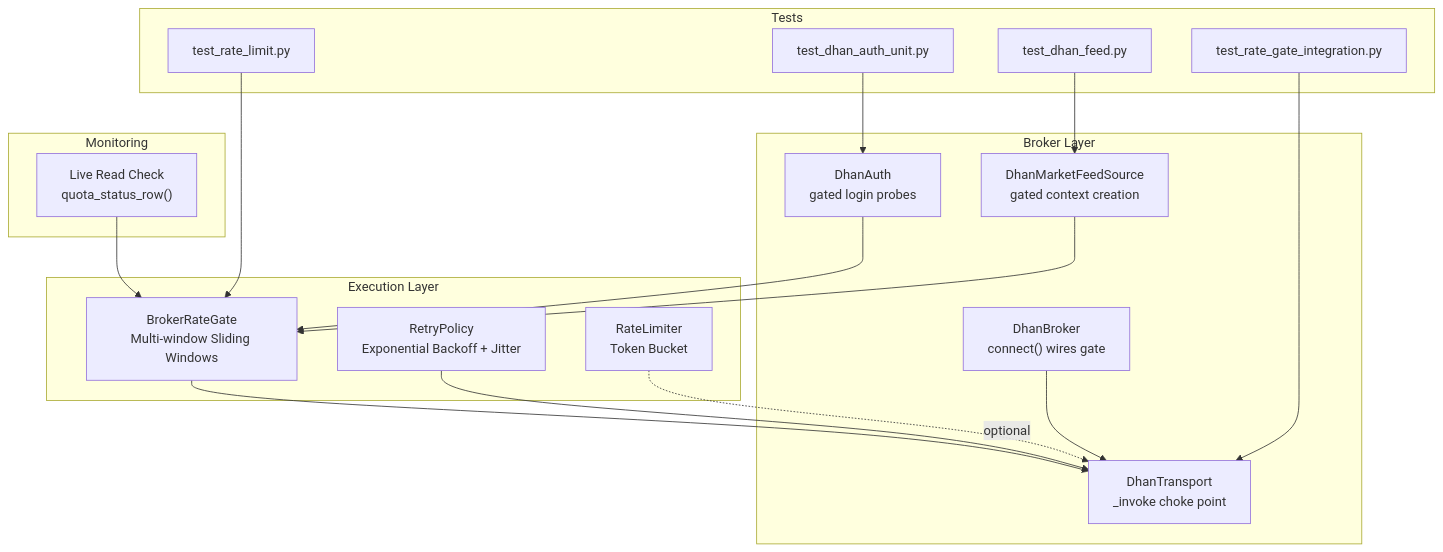
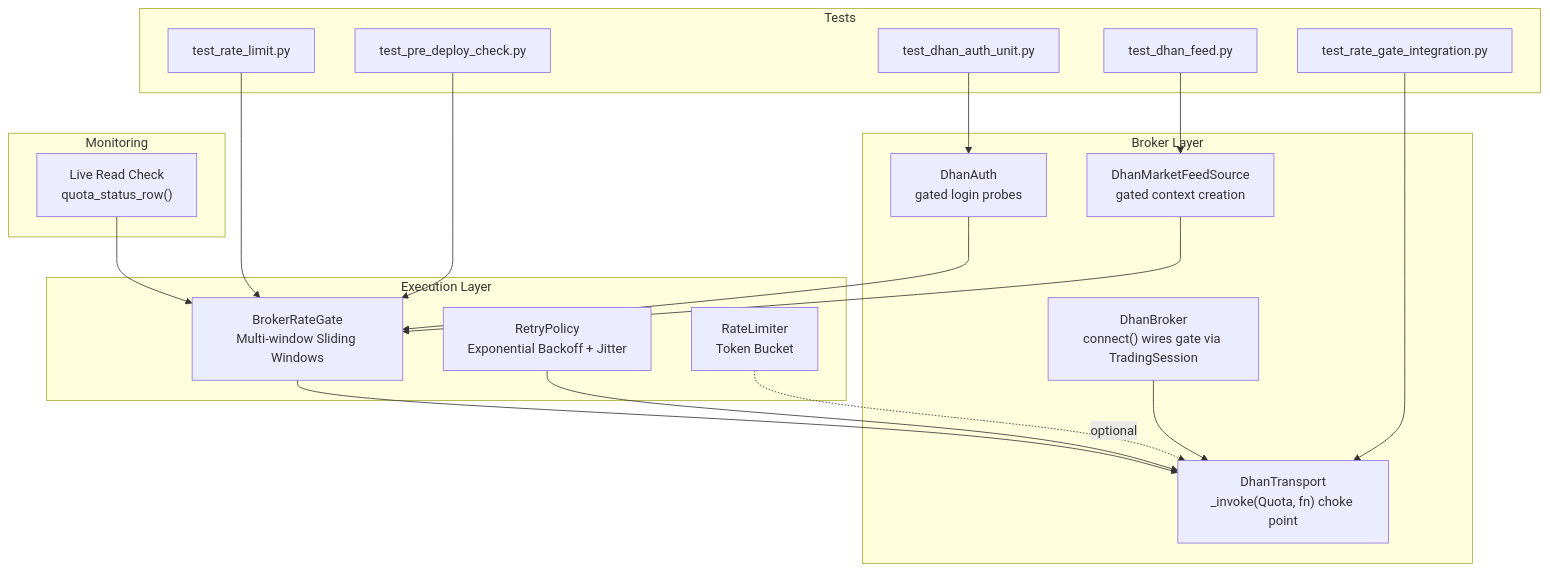
The first of 9 diagrams in .qoder/repowiki/en/content/Broker Integration/Rate Limiting Infrastructure.md (Ganesh-Kusundal/nTrade), drawn with Mermaid before and after one commit. The commit also changed other lines of this file and 2201 other files, not shown here.

Commit message:
Integrate completeness: live runner hardening, broker adapter layers, rate-limiting infrastructure, data pipeline (parquet OHLCV + ingestion scripts), contract testing framework, options analytics, and updated architecture/knowledge docs

````diff
--- a/.qoder/repowiki/en/content/Broker Integration/Rate Limiting Infrastructure.md
+++ b/.qoder/repowiki/en/content/Broker Integration/Rate Limiting Infrastructure.md
@@ -46,34 +46,36 @@
 ```mermaid
 graph TB
 subgraph "Execution Layer"
 RL["BrokerRateGate<br/>Multi-window Sliding Windows"]
 RP["RetryPolicy<br/>Exponential Backoff + Jitter"]
 RLT["RateLimiter<br/>Token Bucket"]
 end
 subgraph "Broker Layer"
-DT["DhanTransport<br/>_invoke choke point"]
-DB["DhanBroker<br/>connect() wires gate"]
+DT["DhanTransport<br/>_invoke(Quota, fn) choke point"]
+DB["DhanBroker<br/>connect() wires gate via TradingSession"]
 DA["DhanAuth<br/>gated login probes"]
 DF["DhanMarketFeedSource<br/>gated context creation"]
 end
 subgraph "Monitoring"
 LRC["Live Read Check<br/>quota_status_row()"]
 end
 subgraph "Tests"
 TRL["test_rate_limit.py"]
 TRI["test_rate_gate_integration.py"]
 TDA["test_dhan_auth_unit.py"]
 TDF["test_dhan_feed.py"]
+TPC["test_pre_deploy_check.py"]
 end
 RL --> DT
 RP --> DT
 RLT -. optional .-> DT
 DB --> DT
 DA --> RL
 DF --> RL
 LRC --> RL
 TRL --> RL
 TRI --> DT
 TDA --> DA
 TDF --> DF
+TPC --> RL
 ```
````
